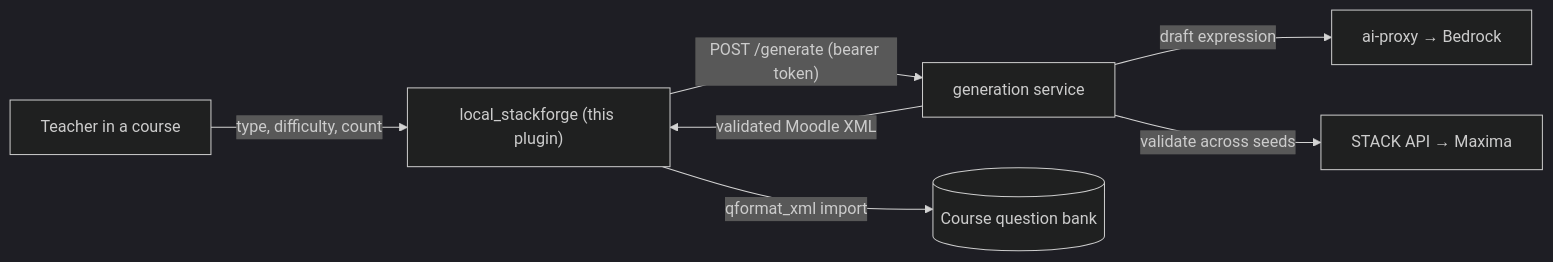
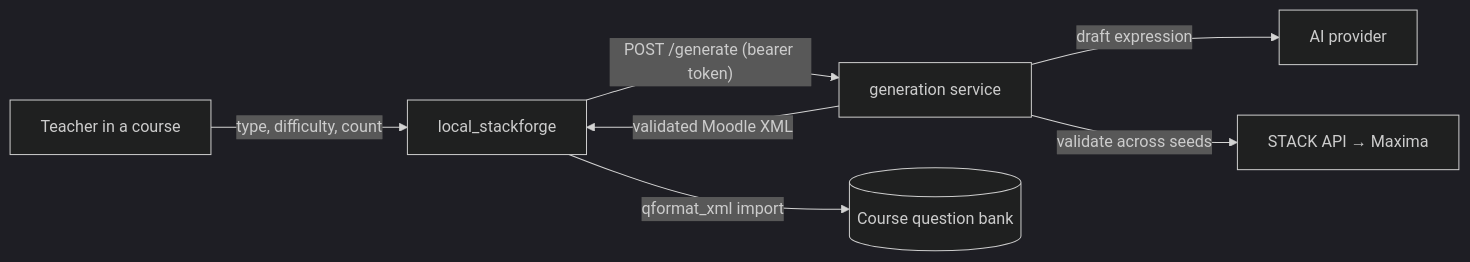
Before and after one commit to danielcregg/moodle-local_stackforge: the diagram in README.md, drawn with Mermaid (dark theme). The commit also changed other lines of this file and 12 other files, not shown here.

First line of the commit message:
feat(moodle): make local_stackforge + local_aitutor publishable to the Moodle Plugins directory

````diff
--- a/README.md
+++ b/README.md
@@ -12,9 +17,9 @@
 ```mermaid
 flowchart LR
-    T["Teacher in a course"] -->|"type, difficulty, count"| P["local_stackforge (this plugin)"]
+    T["Teacher in a course"] -->|"type, difficulty, count"| P["local_stackforge"]
     P -->|"POST /generate (bearer token)"| G["generation service"]
-    G -->|"draft expression"| AI["ai-proxy → Bedrock"]
+    G -->|"draft expression"| AI["AI provider"]
     G -->|"validate across seeds"| S["STACK API → Maxima"]
     G -->|"validated Moodle XML"| P
     P -->|"qformat_xml import"| QB[("Course question bank")]
 ```
````
